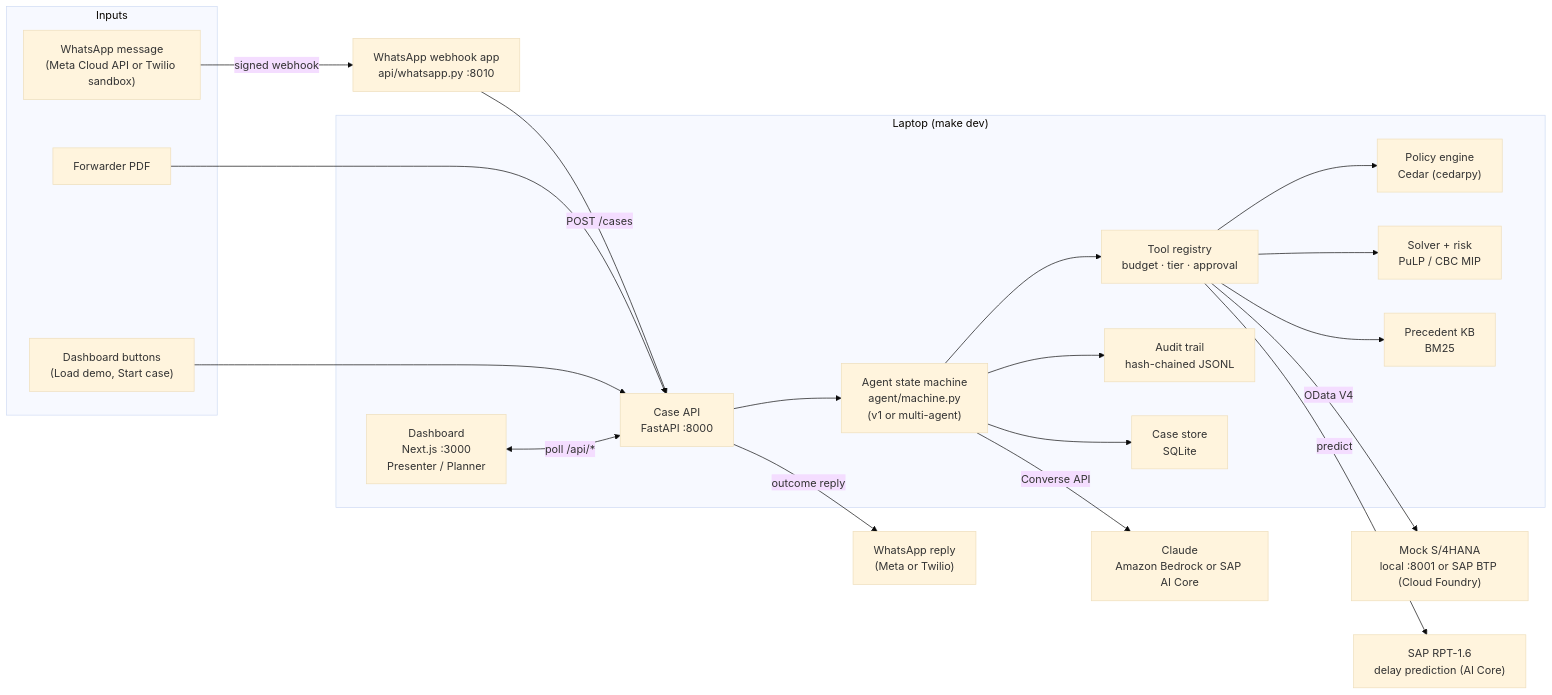
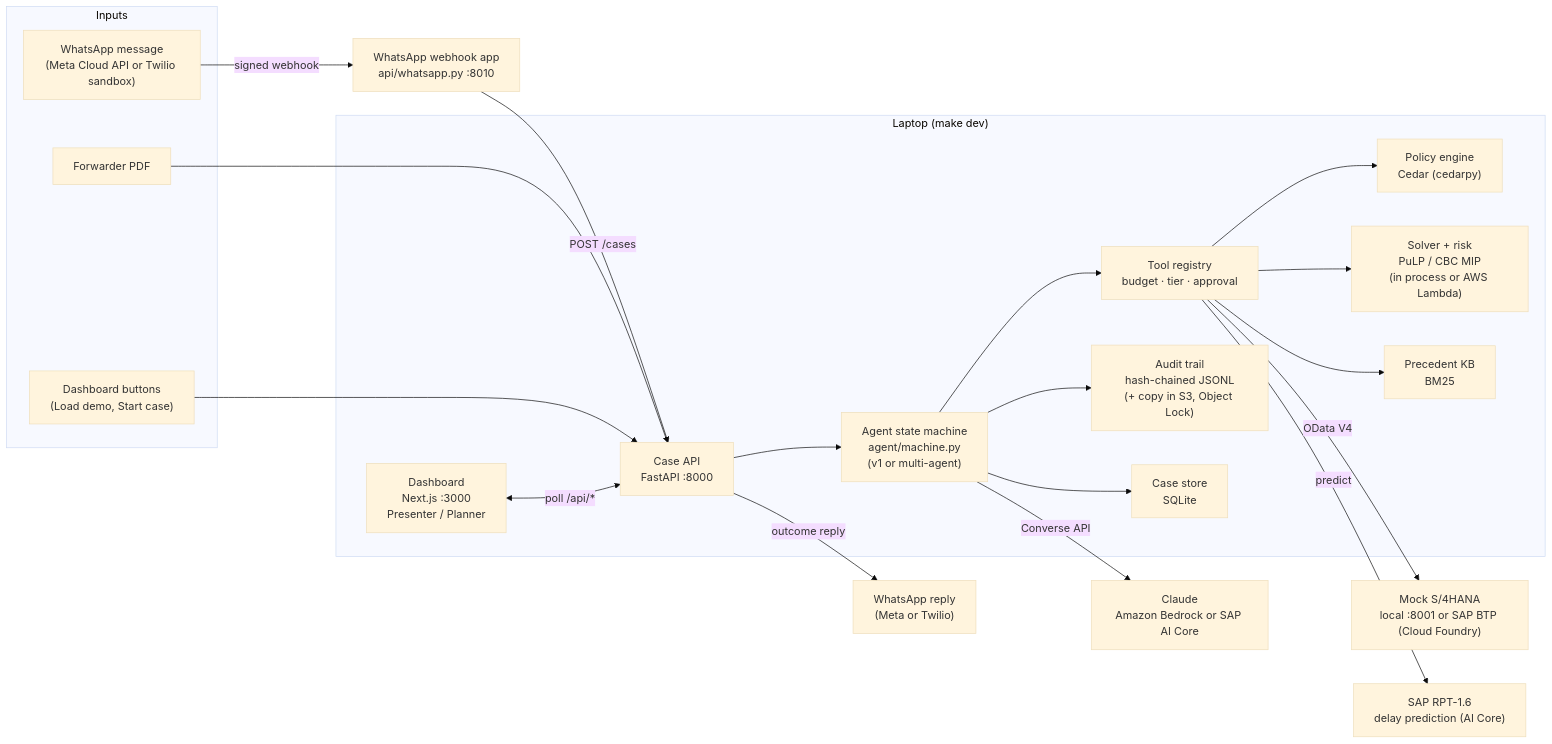
The first of 4 diagrams in docs/siaga-overview.md (fajarwisesa-maker/Socrates), drawn with Mermaid (base theme) before and after one commit. The commit also changed other lines of this file and 31 other files, not shown here.

````diff
--- a/docs/siaga-overview.md
+++ b/docs/siaga-overview.md
@@ -110,29 +110,29 @@
 ```mermaid
 flowchart LR
     subgraph Inputs
         WA["WhatsApp message<br/>(Meta Cloud API or Twilio sandbox)"]
         PDF["Forwarder PDF"]
         BTN["Dashboard buttons<br/>(Load demo, Start case)"]
     end
 
     WA -->|signed webhook| HOOK["WhatsApp webhook app<br/>api/whatsapp.py :8010"]
     HOOK -->|POST /cases| API
     PDF --> API
     BTN --> API
 
     subgraph Laptop["Laptop (make dev)"]
         WEB["Dashboard<br/>Next.js :3000<br/>Presenter / Planner"] <-->|poll /api/*| API["Case API<br/>FastAPI :8000"]
         API --> AGENT["Agent state machine<br/>agent/machine.py<br/>(v1 or multi-agent)"]
         AGENT --> TOOLS["Tool registry<br/>budget · tier · approval"]
         TOOLS --> POLICY["Policy engine<br/>Cedar (cedarpy)"]
-        TOOLS --> SOLVER["Solver + risk<br/>PuLP / CBC MIP"]
+        TOOLS --> SOLVER["Solver + risk<br/>PuLP / CBC MIP<br/>(in process or AWS Lambda)"]
         TOOLS --> KB["Precedent KB<br/>BM25"]
-        AGENT --> AUDIT["Audit trail<br/>hash-chained JSONL"]
+        AGENT --> AUDIT["Audit trail<br/>hash-chained JSONL<br/>(+ copy in S3, Object Lock)"]
         AGENT --> STORE["Case store<br/>SQLite"]
     end
 
     TOOLS -->|OData V4| SAP["Mock S/4HANA<br/>local :8001 or SAP BTP (Cloud Foundry)"]
     AGENT -->|Converse API| LLM["Claude<br/>Amazon Bedrock or SAP AI Core"]
     TOOLS -->|predict| RPT["SAP RPT-1.6<br/>delay prediction (AI Core)"]
     API -->|outcome reply| WAOUT["WhatsApp reply<br/>(Meta or Twilio)"]
 ```
````
